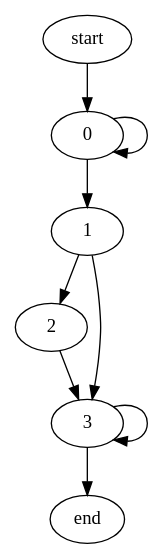
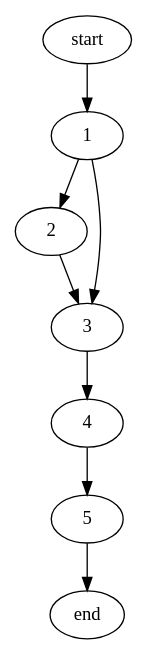
Before and after one commit to LuanBarbs/Graph-Work: the diagram in grafo.dot, drawn with Graphviz. The commit also changed 16 other files, not shown here.

```diff
--- a/grafo.dot
+++ b/grafo.dot
@@ -1,10 +1,9 @@
 diGraph G {
- start -> 0;
- 0 -> 0;
- 0 -> 1;
+ start -> 1;
  1 -> 2;
  1 -> 3;
  2 -> 3;
- 3 -> 3;
- 3 -> end;
+ 3 -> 4;
+ 4 -> 5;
+ 5 -> end;
 }
```
